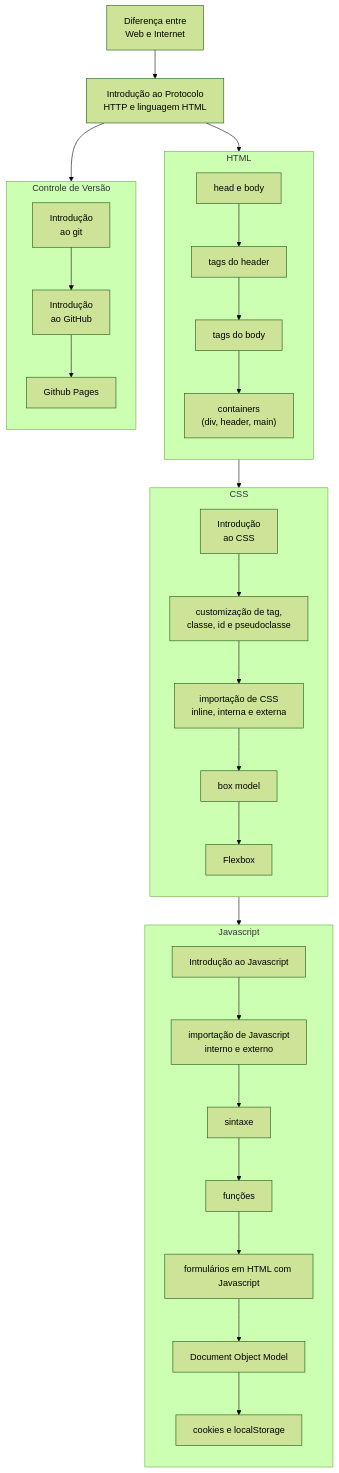
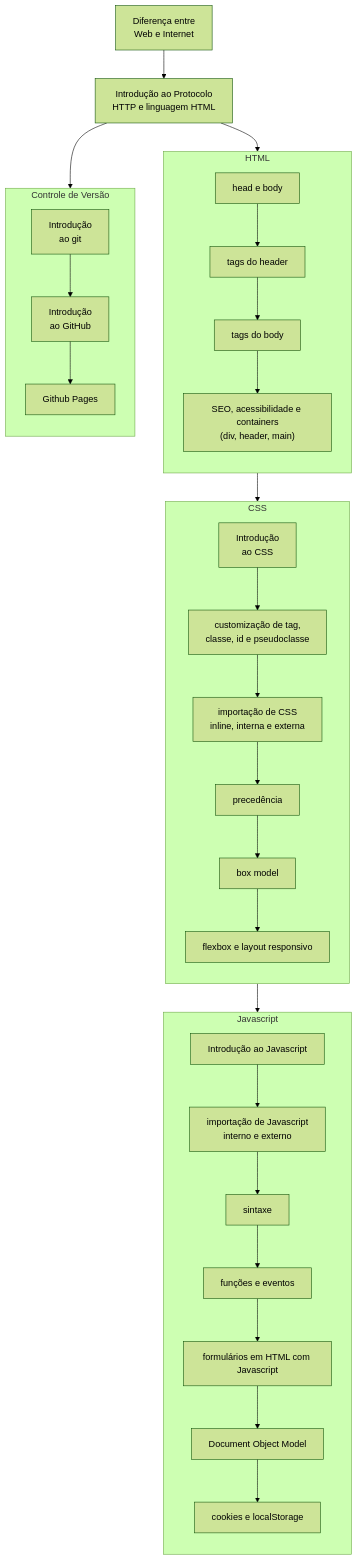
Before and after one commit to CTISM-Prof-Henry/webEssentials: the diagram in README.md, drawn with Mermaid (forest theme).

Commit message:
minor adjustment

````diff
--- a/README.md
+++ b/README.md
@@ -12,69 +12,71 @@
 ```mermaid
 flowchart TD
     A["Diferença entre<br>Web e Internet"]
     B["Introdução ao Protocolo<br>HTTP e linguagem HTML"]
     
     A --> B
     B --> HTML
 
     subgraph HTML[HTML]
         direction TB
         C1["head e body"]
         C2["tags do header"]
         C3["tags do body"]
-        C4["containers<br>(div, header, main)"]
+        C4["SEO, acessibilidade e containers<br>(div, header, main)"]
 
         C1 --> C2
         C2 --> C3
         C3 --> C4
         
     end
 
     subgraph CV["Controle de Versão"]
         direction TB
         D1["Introdução<br>ao git"]
         D2["Introdução<br>ao GitHub"]
         D3["Github Pages"]
 
         D1 --> D2
         D2 --> D3
     end
 
     B --> CV
 
     subgraph CSS["CSS"]
         direction TB
         E1["Introdução<br>ao CSS"]
         E2["customização de tag,<br>classe, id e pseudoclasse"]
         E3["importação de CSS<br>inline, interna e externa"]
-        E4["box model"]
-        E5["Flexbox"]
+        E4["precedência"]
+        E5["box model"]
+        E6["flexbox e layout responsivo"]
         
         E1 --> E2
         E2 --> E3
         E3 --> E4
         E4 --> E5
+        E5 --> E6
     end
 
     HTML --> CSS
 
     subgraph JS["Javascript"]
         direction TB
         F1["Introdução ao Javascript"]
         F2["importação de Javascript<br>interno e externo"]
         F3["sintaxe"]
-        F4["funções"]
+        F4["funções e eventos"]
         F5["formulários em HTML com Javascript"]
         F6["Document Object Model"]
         F7["cookies e localStorage"]
 
         F1 --> F2
         F2 --> F3
         F3 --> F4
         F4 --> F5
         F5 --> F6
         F6 --> F7
     end
 
     CSS --> JS
 ```
````
